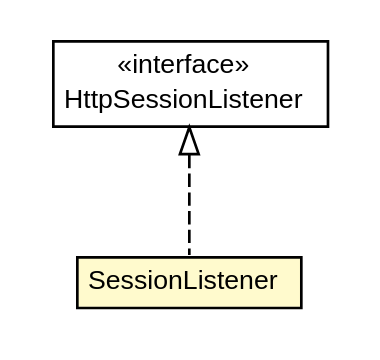
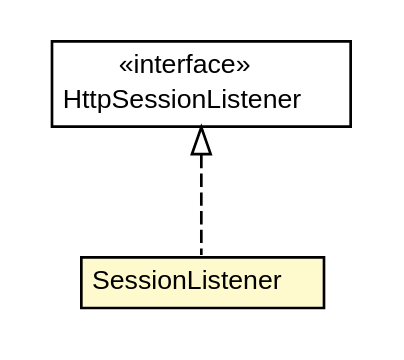
One commit to trajano/jaspic-tester changed the diagram in jaspic-tester-war/apidocs/net/trajano/auth/sample/SessionListener.dot. Above: the diagram before and after it, drawn with Graphviz. The commit also changed 49 other files, not shown here.

```diff
--- a/jaspic-tester-war/apidocs/net/trajano/auth/sample/SessionListener.dot
+++ b/jaspic-tester-war/apidocs/net/trajano/auth/sample/SessionListener.dot
@@ -1,27 +1,27 @@
 #!/usr/local/bin/dot
 #
 # Class diagram 
 # Generated by UMLGraph version R5_6-24-gf6e263 (http://www.umlgraph.org/)
 #
 
 digraph G {
-	edge [fontname="arial",fontsize=10,labelfontname="arial",labelfontsize=10];
-	node [fontname="arial",fontsize=10,shape=plaintext];
+	edge [fontname="Helvetica",fontsize=10,labelfontname="Helvetica",labelfontsize=10];
+	node [fontname="Helvetica",fontsize=10,shape=plaintext];
 	nodesep=0.25;
 	ranksep=0.5;
 	// net.trajano.auth.sample.SessionListener
 	c3 [label=<<table title="net.trajano.auth.sample.SessionListener" border="0" cellborder="1" cellspacing="0" cellpadding="2" port="p" bgcolor="lemonChiffon" href="./SessionListener.html">
 		<tr><td><table border="0" cellspacing="0" cellpadding="1">
 <tr><td align="center" balign="center"> SessionListener </td></tr>
 		</table></td></tr>
-		</table>>, URL="./SessionListener.html", fontname="arial", fontcolor="black", fontsize=10.0];
+		</table>>, URL="./SessionListener.html", fontname="Helvetica", fontcolor="black", fontsize=10.0];
 	//net.trajano.auth.sample.SessionListener implements javax.servlet.http.HttpSessionListener
 	c5:p -> c3:p [dir=back,arrowtail=empty,style=dashed];
 	// javax.servlet.http.HttpSessionListener
 	c5 [label=<<table title="javax.servlet.http.HttpSessionListener" border="0" cellborder="1" cellspacing="0" cellpadding="2" port="p" href="http://java.sun.com/j2se/1.4.2/docs/api/javax/servlet/http/HttpSessionListener.html">
 		<tr><td><table border="0" cellspacing="0" cellpadding="1">
 <tr><td align="center" balign="center"> &#171;interface&#187; </td></tr>
 <tr><td align="center" balign="center"> HttpSessionListener </td></tr>
 		</table></td></tr>
-		</table>>, URL="http://java.sun.com/j2se/1.4.2/docs/api/javax/servlet/http/HttpSessionListener.html", fontname="arial", fontcolor="black", fontsize=10.0];
+		</table>>, URL="http://java.sun.com/j2se/1.4.2/docs/api/javax/servlet/http/HttpSessionListener.html", fontname="Helvetica", fontcolor="black", fontsize=10.0];
 }
```
